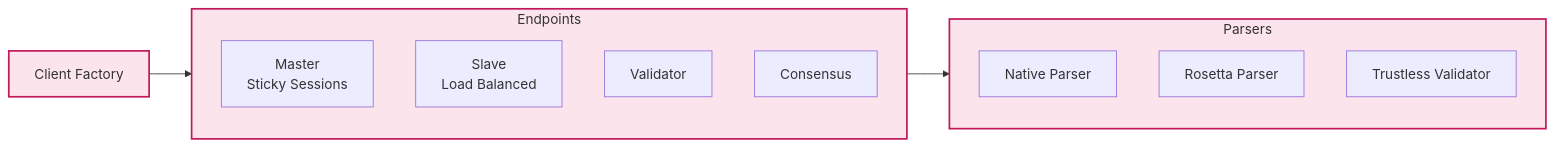
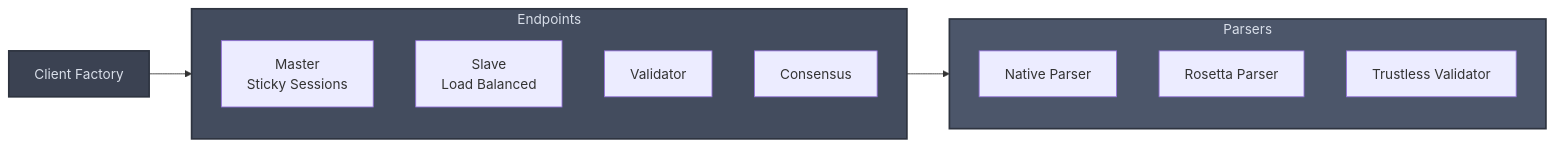
The fourth of 5 diagrams in COMPONENT_DIAGRAM.md (cipherowl-ai/chainstorage), drawn with Mermaid before and after one commit. The commit also changed other lines of this file, not shown here.

First line of the commit message:
docs: apply Nord color palette to component diagrams

````diff
--- a/COMPONENT_DIAGRAM.md
+++ b/COMPONENT_DIAGRAM.md
@@ -201,24 +201,24 @@
 ```mermaid
 graph LR
     CF[Client Factory]
     
     subgraph Endpoints
         M[Master<br/>Sticky Sessions]
         S[Slave<br/>Load Balanced]
         V[Validator]
         C[Consensus]
     end
     
     subgraph Parsers
         NP[Native Parser]
         RP[Rosetta Parser]
         TV[Trustless Validator]
     end
     
     CF --> Endpoints
     Endpoints --> Parsers
     
-    style CF fill:#fce4ec,stroke:#c2185b,stroke-width:2px
-    style Endpoints fill:#fce4ec,stroke:#c2185b,stroke-width:2px
-    style Parsers fill:#fce4ec,stroke:#c2185b,stroke-width:2px
+    style CF fill:#3b4252,stroke:#2e3440,stroke-width:2px,color:#d8dee9
+    style Endpoints fill:#434c5e,stroke:#2e3440,stroke-width:2px,color:#d8dee9
+    style Parsers fill:#4c566a,stroke:#2e3440,stroke-width:2px,color:#d8dee9
 ```
````
